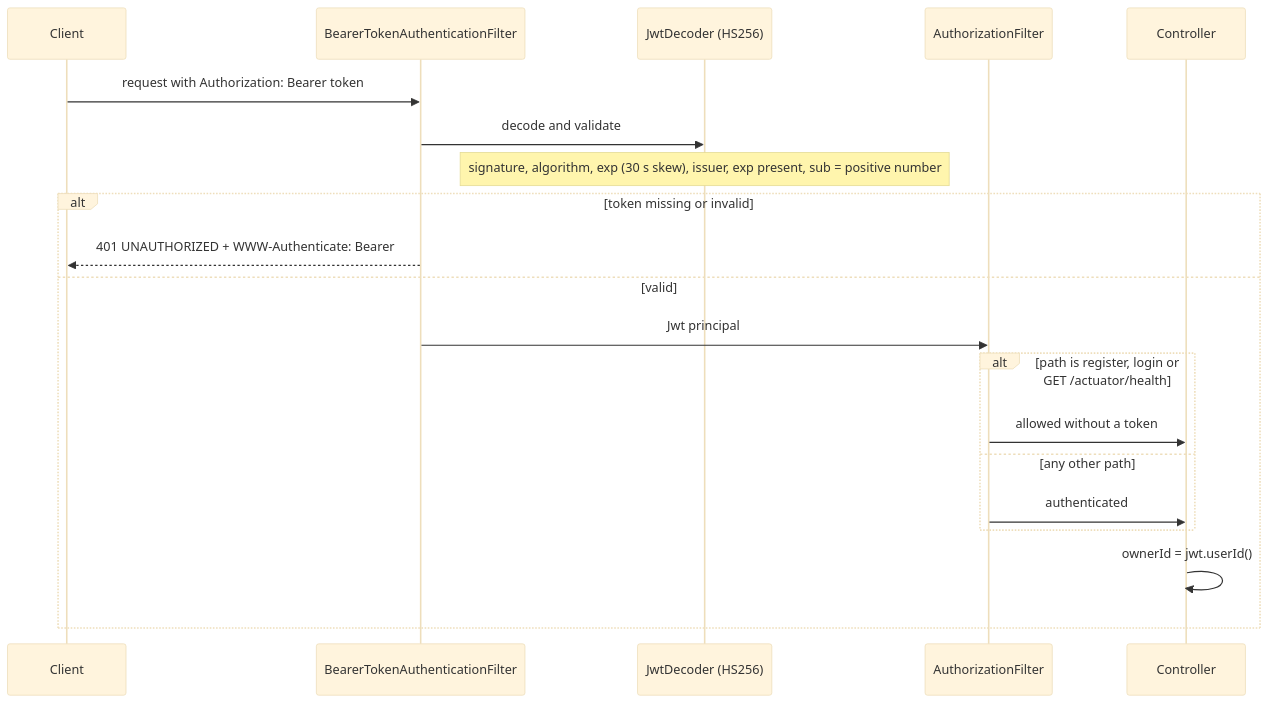
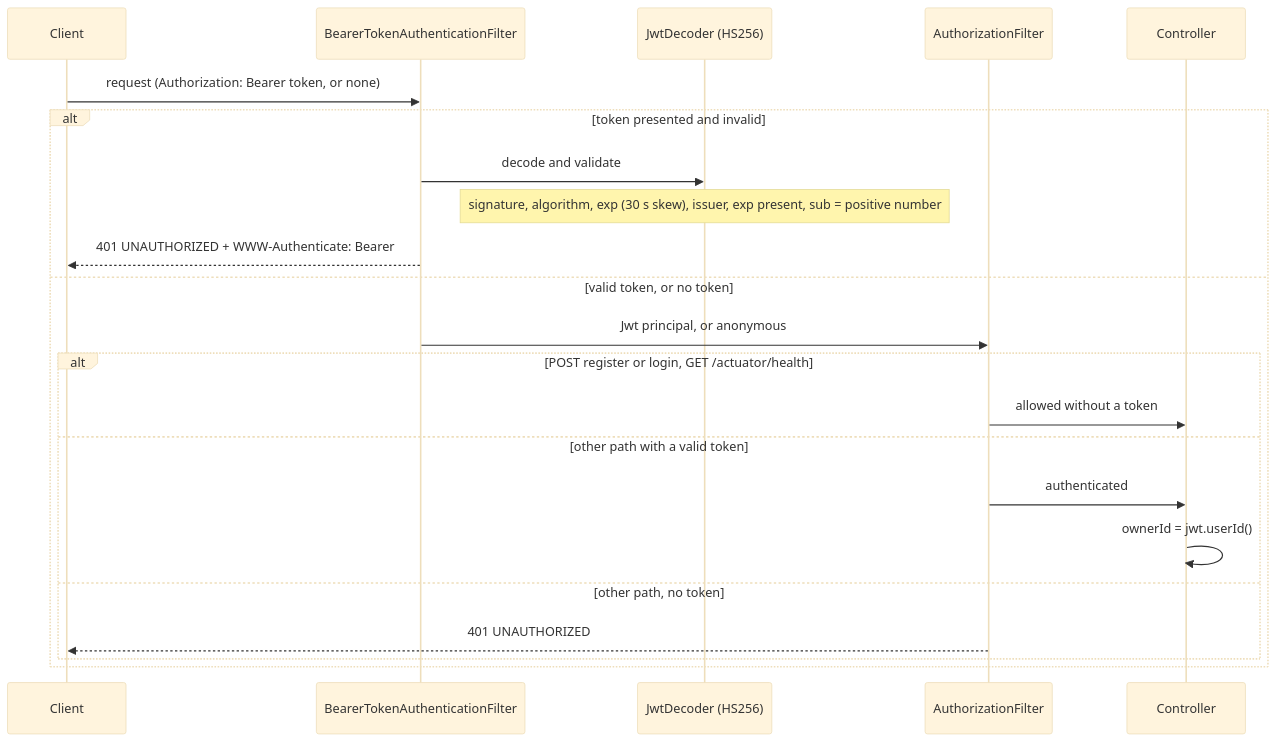
One commit to chaudhary-lakshay/taskflow changed the ninth of 14 diagrams in docs/diagrams/architecture.md. Above: the diagram before and after it, drawn with Mermaid (base theme). The commit also changed other lines of this file and 3 other files, not shown here.

Commit message:
docs: address review of diagrams and audit

````diff
--- a/docs/diagrams/architecture.md
+++ b/docs/diagrams/architecture.md
@@ -317,22 +317,24 @@
 ```mermaid
 sequenceDiagram
   participant C as Client
   participant F as BearerTokenAuthenticationFilter
   participant D as JwtDecoder (HS256)
   participant A as AuthorizationFilter
   participant K as Controller
-  C->>F: request with Authorization: Bearer token
-  F->>D: decode and validate
-  Note over D: signature, algorithm, exp (30 s skew), issuer, exp present, sub = positive number
-  alt token missing or invalid
+  C->>F: request (Authorization: Bearer token, or none)
+  alt token presented and invalid
+    F->>D: decode and validate
+    Note over D: signature, algorithm, exp (30 s skew), issuer, exp present, sub = positive number
     F-->>C: 401 UNAUTHORIZED + WWW-Authenticate: Bearer
-  else valid
-    F->>A: Jwt principal
-    alt path is register, login or GET /actuator/health
+  else valid token, or no token
+    F->>A: Jwt principal, or anonymous
+    alt POST register or login, GET /actuator/health
       A->>K: allowed without a token
-    else any other path
+    else other path with a valid token
       A->>K: authenticated
+      K->>K: ownerId = jwt.userId()
+    else other path, no token
+      A-->>C: 401 UNAUTHORIZED
     end
-    K->>K: ownerId = jwt.userId()
   end
 ```
````
